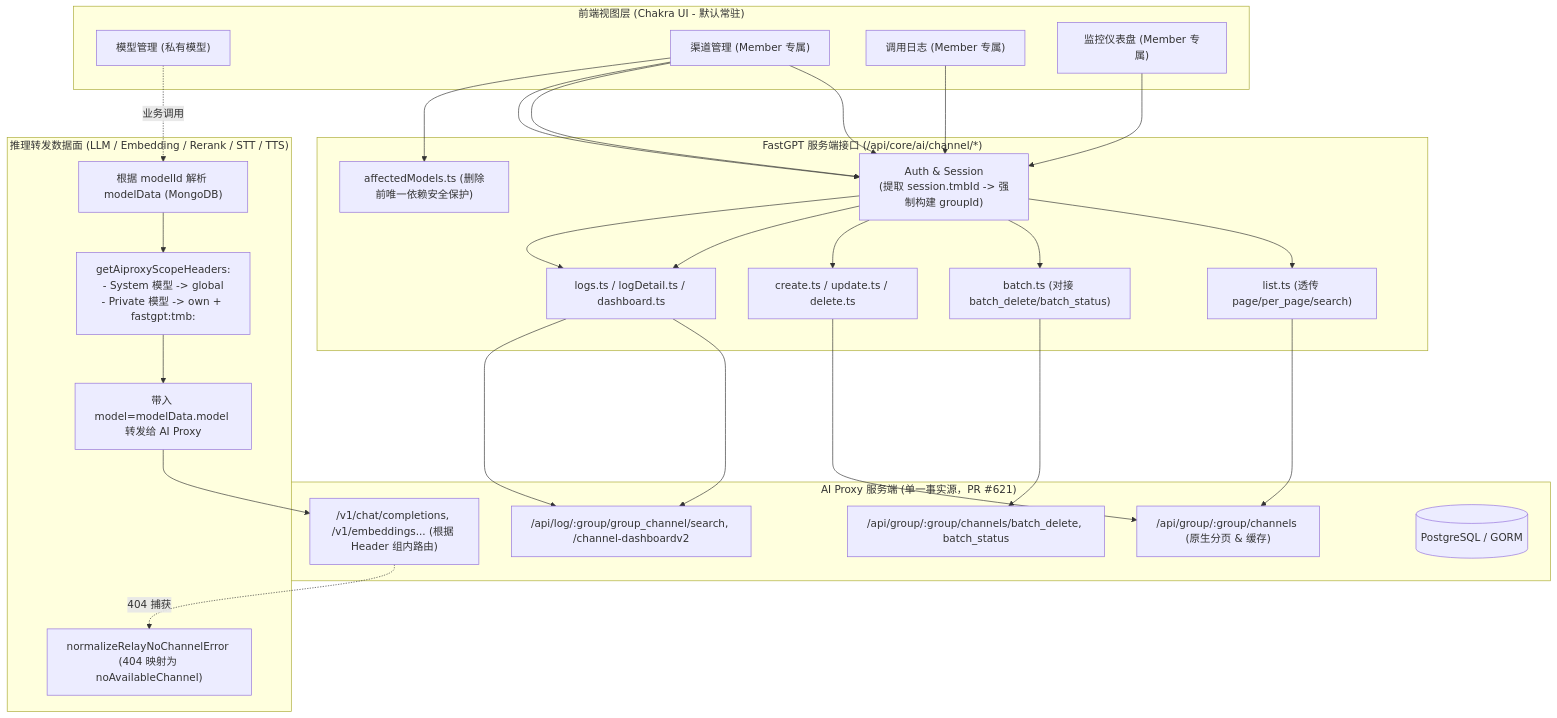
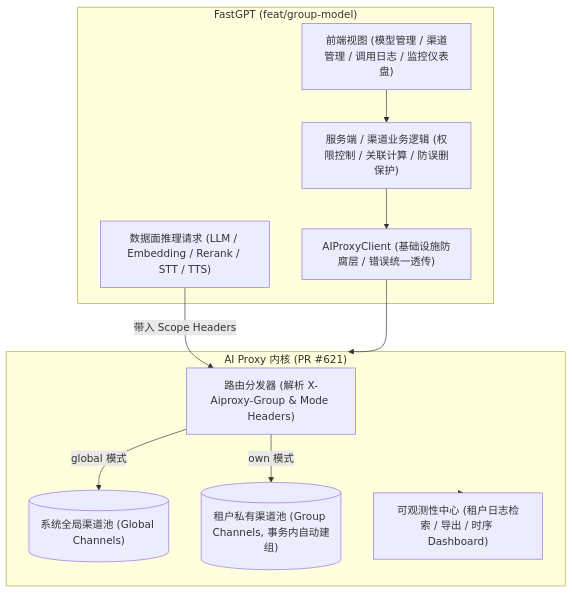
Before and after one commit to labring/FastGPT: the diagram in .agents/design/model/aiproxy-integration-and-branch-diff.md, drawn with Mermaid. The commit also changed other lines of this file and 47 other files, not shown here.

Commit message:
fix(model): clean up unused error codes and trailing catch handlers

````diff
--- a/.agents/design/model/aiproxy-integration-and-branch-diff.md
+++ b/.agents/design/model/aiproxy-integration-and-branch-diff.md
@@ -51,43 +14,22 @@
 ```mermaid
 flowchart TD
-    subgraph ClientLayer["前端视图层 (Chakra UI - 默认常驻)"]
-        UI_Model["模型管理 (私有模型)"]
-        UI_Channel["渠道管理 (Member 专属)"]
-        UI_Log["调用日志 (Member 专属)"]
-        UI_Monitor["监控仪表盘 (Member 专属)"]
+    subgraph FastGPT["FastGPT (feat/group-model)"]
+        UI["前端视图 (模型管理 / 渠道管理 / 调用日志 / 监控仪表盘)"]
+        Service["服务端 / 渠道业务逻辑 (权限控制 / 关联计算 / 防误删保护)"]
+        Client["AIProxyClient (基础设施防腐层 / 错误统一透传)"]
+        RelayReq["数据面推理请求 (LLM / Embedding / Rerank / STT / TTS)"]
     end
 
-    subgraph FastGPT_API["FastGPT 服务端接口 (/api/core/ai/channel/*)"]
-        SessionAuth["Auth & Session\n(提取 session.tmbId -> 强制构建 groupId)"]
-        ChannelList["list.ts (透传 page/per_page/search)"]
-        ChannelBatch["batch.ts (对接 batch_delete/batch_status)"]
-        ChannelCRUD["create.ts / update.ts / delete.ts"]
-        AffectedModels["affectedModels.ts (删除前唯一依赖安全保护)"]
-        ObsAPIs["logs.ts / logDetail.ts / dashboard.ts"]
+    subgraph AIProxy["AI Proxy 内核 (PR #621)"]
+        Router["路由分发器 (解析 X-Aiproxy-Group & Mode Headers)"]
+        GlobalPool[("系统全局渠道池 (Global Channels)")]
+        GroupPool[("租户私有渠道池 (Group Channels, 事务内自动建组)")]
+        Obs["可观测性中心 (租户日志检索 / 导出 / 时序 Dashboard)"]
     end
 
-    subgraph FastGPT_Relay["推理转发数据面 (LLM / Embedding / Rerank / STT / TTS)"]
-        ModelLookup["根据 modelId 解析 modelData (MongoDB)"]
-        ScopeInjector["getAiproxyScopeHeaders:\n- System 模型 -> global\n- Private 模型 -> own + fastgpt:tmb:<modelData.tmbId>"]
-        RelayForward["带入 model=modelData.model 转发给 AI Proxy"]
-        ErrorNorm["normalizeRelayNoChannelError (404 映射为 noAvailableChannel)"]
-    end
-
-    subgraph AIProxy["AI Proxy 服务端 (单一事实源，PR #621)"]
-        AdminEndpoints["/api/group/:group/channels (原生分页 & 缓存)"]
-        BatchEndpoints["/api/group/:group/channels/batch_delete, batch_status"]
-        RelayEngine["/v1/chat/completions, /v1/embeddings... (根据 Header 组内路由)"]
-        ObsEndpoints["/api/log/:group/group_channel/search, /channel-dashboardv2"]
-        DB[("PostgreSQL / GORM")]
-    end
-
-    UI_Channel --> SessionAuth --> ChannelList --> AdminEndpoints
-    UI_Channel --> SessionAuth --> ChannelBatch --> BatchEndpoints
-    UI_Channel --> SessionAuth --> ChannelCRUD --> AdminEndpoints
-    UI_Channel --> AffectedModels
-    UI_Log --> SessionAuth --> ObsAPIs --> ObsEndpoints
-    UI_Monitor --> SessionAuth --> ObsAPIs --> ObsEndpoints
-
-    UI_Model -. 业务调用 .-> ModelLookup --> ScopeInjector --> RelayForward --> RelayEngine
-    RelayEngine -. 404 捕获 .-> ErrorNorm
+    UI --> Service --> Client --> AIProxy
+    RelayReq -->|带入 Scope Headers| Router
+    Router -->|global 模式| GlobalPool
+    Router -->|own 模式| GroupPool
+    AIProxy --> Obs
 ```
````
